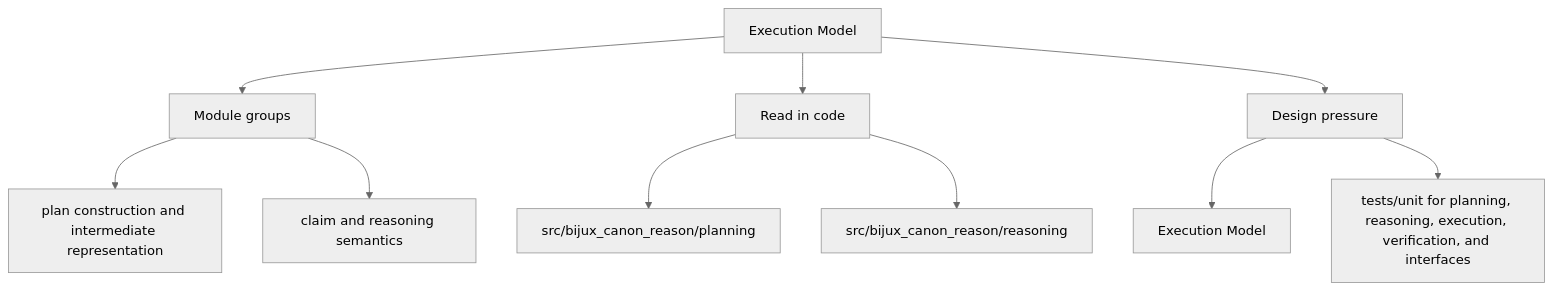
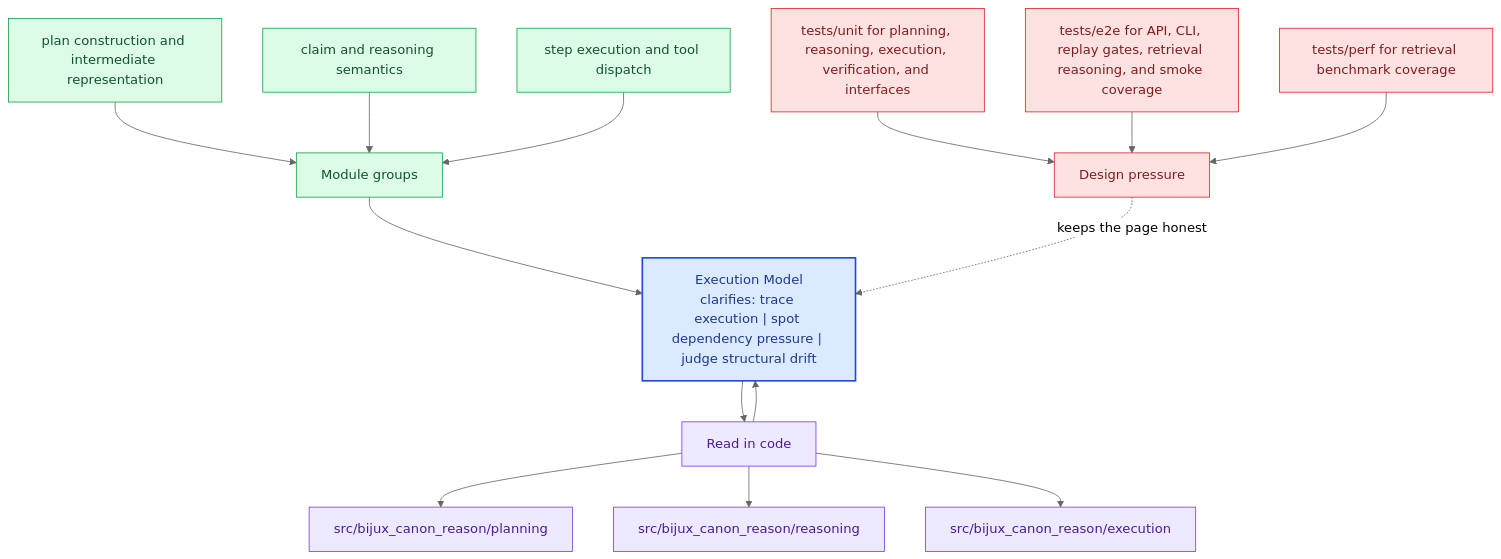
One commit to bijux/bijux-canon changed the second of 2 diagrams in docs/bijux-canon-reason/architecture/execution-model.md. Above: the diagram before and after it, drawn with Mermaid (neutral theme). The commit also changed other lines of this file and 281 other files, not shown here.

Commit message:
docs(diagrams): deepen handbook mermaid maps across the catalog

````diff
--- a/docs/bijux-canon-reason/architecture/execution-model.md
+++ b/docs/bijux-canon-reason/architecture/execution-model.md
@@ -36,22 +69,40 @@
 ```mermaid
-flowchart TD
-    page["Execution Model"]
+flowchart TB
+    promise["Execution Model<br/>clarifies: trace execution | spot dependency pressure | judge structural drift"]
+    classDef promise fill:#dbeafe,stroke:#1d4ed8,color:#1e3a8a,stroke-width:2px;
+    classDef driver fill:#dcfce7,stroke:#16a34a,color:#14532d;
+    classDef constraint fill:#fee2e2,stroke:#dc2626,color:#7f1d1d;
+    classDef ground fill:#ede9fe,stroke:#7c3aed,color:#4c1d95;
     focus1["Module groups"]
-    page --> focus1
+    focus1 --> promise
     focus1_1["plan construction and intermediate representation"]
-    focus1 --> focus1_1
+    focus1_1 --> focus1
     focus1_2["claim and reasoning semantics"]
-    focus1 --> focus1_2
+    focus1_2 --> focus1
+    focus1_3["step execution and tool dispatch"]
+    focus1_3 --> focus1
+    class focus1 driver;
+    class focus1_1,focus1_2,focus1_3 driver;
     focus2["Read in code"]
-    page --> focus2
+    focus2 --> promise
+    promise --> focus2
     focus2_1["src/bijux_canon_reason/planning"]
     focus2 --> focus2_1
     focus2_2["src/bijux_canon_reason/reasoning"]
     focus2 --> focus2_2
+    focus2_3["src/bijux_canon_reason/execution"]
+    focus2 --> focus2_3
+    class focus2 ground;
+    class focus2_1,focus2_2,focus2_3 ground;
     focus3["Design pressure"]
-    page --> focus3
-    focus3_1["Execution Model"]
-    focus3 --> focus3_1
-    focus3_2["tests/unit for planning, reasoning, execution, verification, and interfaces"]
-    focus3 --> focus3_2
+    focus3 -.keeps the page honest.-> promise
+    focus3_1["tests/unit for planning, reasoning, execution, verification, and interfaces"]
+    focus3_1 --> focus3
+    focus3_2["tests/e2e for API, CLI, replay gates, retrieval reasoning, and smoke coverage"]
+    focus3_2 --> focus3
+    focus3_3["tests/perf for retrieval benchmark coverage"]
+    focus3_3 --> focus3
+    class focus3 constraint;
+    class focus3_1,focus3_2,focus3_3 constraint;
+    class promise promise;
 ```
````
